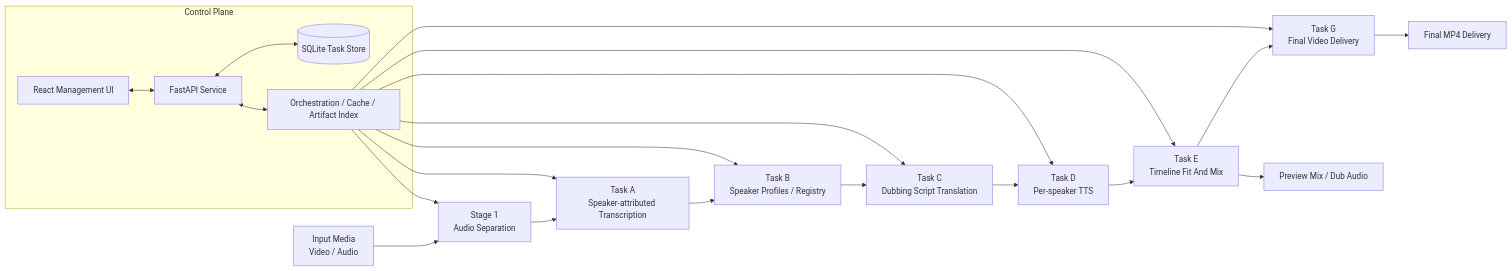
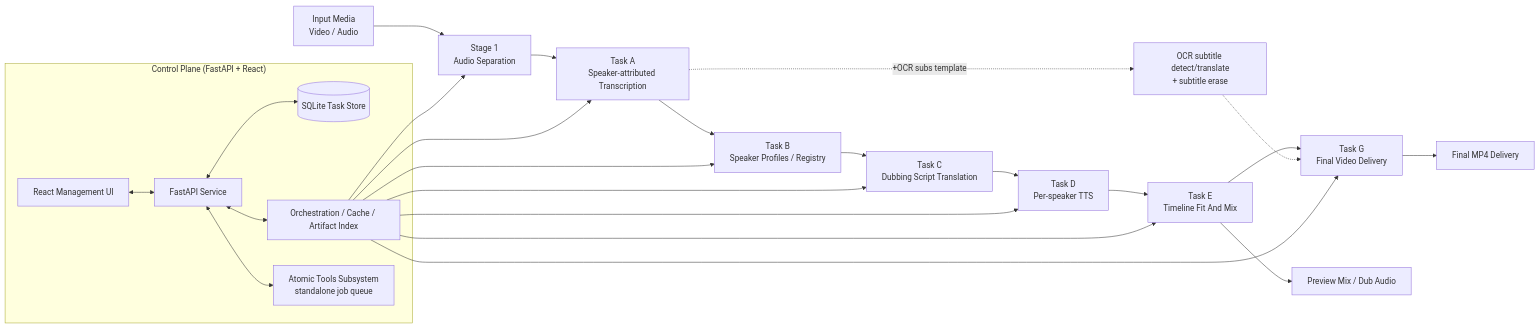
One commit to MasamiYui/translip changed the diagram in README.en.md. Above: the diagram before and after it, drawn with Mermaid. The commit also changed other lines of this file and 9 other files, not shown here.

````diff
--- a/README.en.md
+++ b/README.en.md
@@ -46,31 +54,30 @@
 ```mermaid
 flowchart LR
     Input["Input Media<br/>Video / Audio"] --> Stage1["Stage 1<br/>Audio Separation"]
     Stage1 --> TaskA["Task A<br/>Speaker-attributed Transcription"]
     TaskA --> TaskB["Task B<br/>Speaker Profiles / Registry"]
     TaskB --> TaskC["Task C<br/>Dubbing Script Translation"]
     TaskC --> TaskD["Task D<br/>Per-speaker TTS"]
     TaskD --> TaskE["Task E<br/>Timeline Fit And Mix"]
     TaskE --> TaskG["Task G<br/>Final Video Delivery"]
 
-    subgraph ControlPlane["Control Plane"]
+    TaskA -. "+OCR subs template" .-> OCR["OCR subtitle detect/translate<br/>+ subtitle erase"]
+    OCR -.-> TaskG
+
+    subgraph ControlPlane["Control Plane (FastAPI + React)"]
         UI["React Management UI"]
         API["FastAPI Service"]
         DB[("SQLite Task Store")]
         Orchestrator["Orchestration / Cache / Artifact Index"]
+        Atomic["Atomic Tools Subsystem<br/>standalone job queue"]
     end
 
     UI <--> API
     API <--> DB
     API <--> Orchestrator
-    Orchestrator --> Stage1
-    Orchestrator --> TaskA
-    Orchestrator --> TaskB
-    Orchestrator --> TaskC
-    Orchestrator --> TaskD
-    Orchestrator --> TaskE
-    Orchestrator --> TaskG
+    API <--> Atomic
+    Orchestrator --> Stage1 & TaskA & TaskB & TaskC & TaskD & TaskE & TaskG
 
     TaskE --> Preview["Preview Mix / Dub Audio"]
     TaskG --> Delivery["Final MP4 Delivery"]
 ```
````
